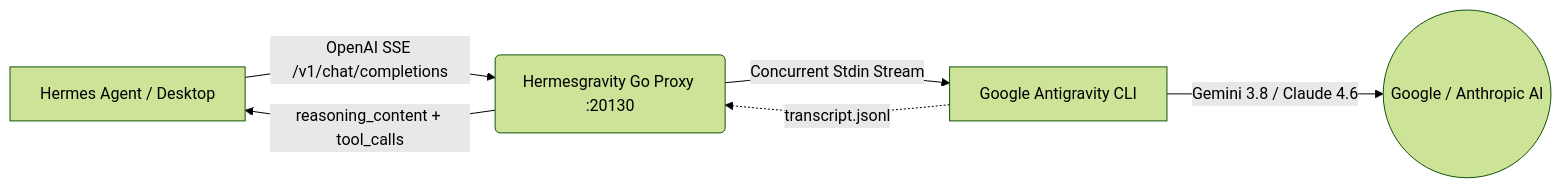
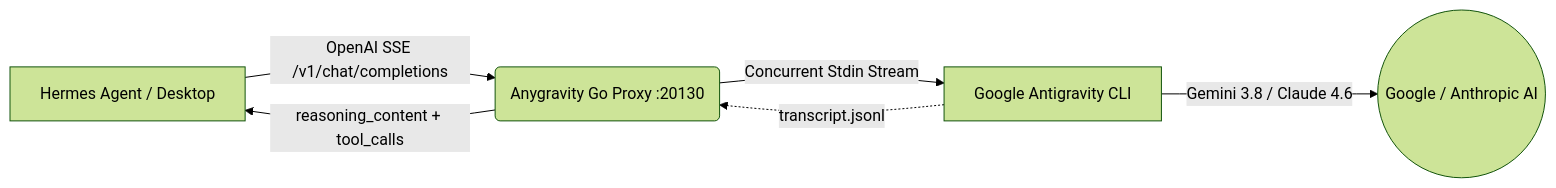
One commit to jocost4/anygravity changed the diagram in README.md. Above: the diagram before and after it, drawn with Mermaid (forest theme). The commit also changed other lines of this file and 7 other files, not shown here.

````diff
--- a/README.md
+++ b/README.md
@@ -98,8 +98,8 @@
 ```mermaid
 flowchart LR
-    A[Hermes Agent / Desktop] -->|OpenAI SSE /v1/chat/completions| B(Hermesgravity Go Proxy :20130)
+    A[Hermes Agent / Desktop] -->|OpenAI SSE /v1/chat/completions| B(Anygravity Go Proxy :20130)
     B -->|Concurrent Stdin Stream| C[Google Antigravity CLI]
     C -->|Gemini 3.8 / Claude 4.6| D((Google / Anthropic AI))
     C -.->|transcript.jsonl| B
     B -->|reasoning_content + tool_calls| A
 ```
````
